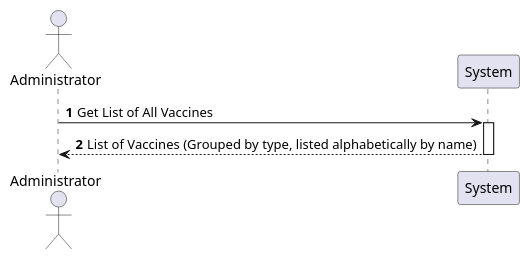
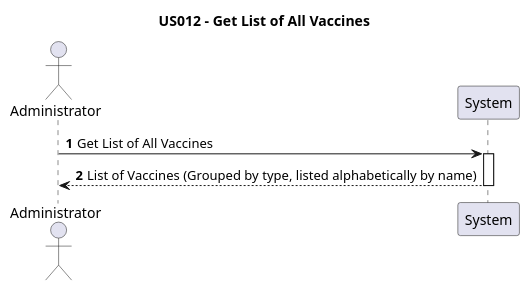
The diagram in src/doc/global/User Stories/US012/US012.puml (tbarracha/upskill-pds-software-development-project-Tiago), drawn with PlantUML before and after one commit. The commit also changed 12 other files, not shown here.

```diff
--- a/src/doc/global/User Stories/US012/US012.puml
+++ b/src/doc/global/User Stories/US012/US012.puml
@@ -1,12 +1,13 @@
 @startuml
+title US012 - Get List of All Vaccines
 autonumber
 actor Administrator as Admin
 
 Admin -> System: Get List of All Vaccines
 activate System
 
 ' System processes the request and generates the list
 System --> Admin: List of Vaccines (Grouped by type, listed alphabetically by name)
 
 deactivate System
 @enduml
```
